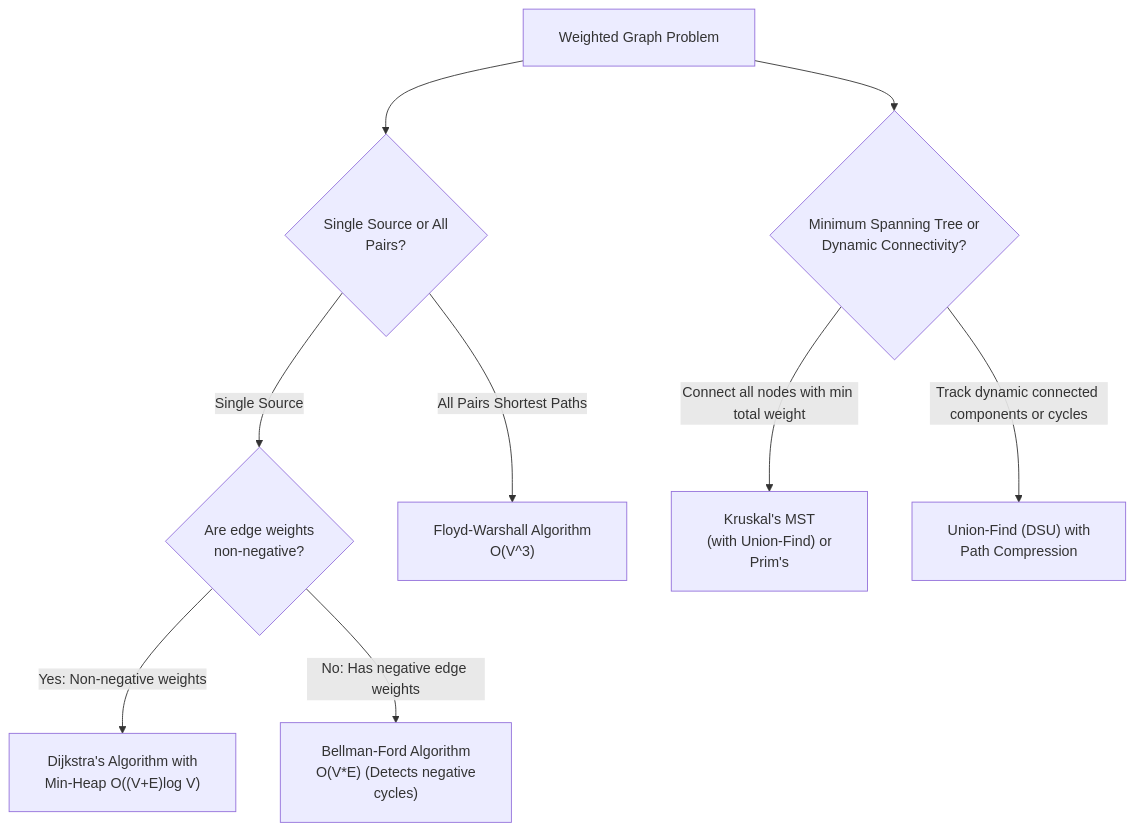
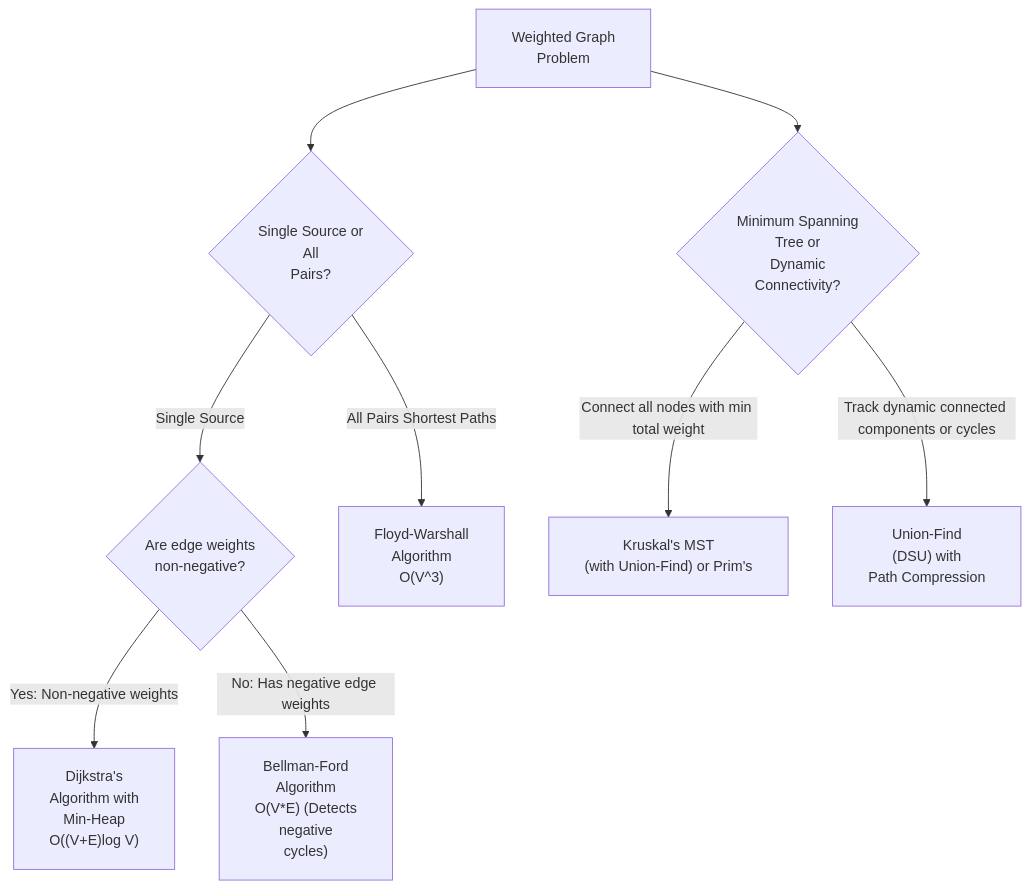
The diagram in week_09_graph_algorithms_i/support files/Week_09_Problem_Solving_Roadmap.md (dip4k/DSA_102), drawn with Mermaid before and after one commit. The commit also changed 106 other files, not shown here.

First line of the commit message:
fix(mermaid): prevent text clipping with foreignObject overflow and tighter line wrapping

````diff
--- a/week_09_graph_algorithms_i/support files/Week_09_Problem_Solving_Roadmap.md
+++ b/week_09_graph_algorithms_i/support files/Week_09_Problem_Solving_Roadmap.md
@@ -31,12 +31,12 @@
 ```mermaid
-%%{init: {"flowchart": {"htmlLabels": true, "padding": 20}}}%%
+%%{init: {"flowchart": {"htmlLabels": true, "padding": 20}, "themeCSS": "foreignObject { overflow: visible !important; }"}}%%
 flowchart TD
-    Start["Weighted Graph Problem"] --> Q1{"Single Source or All<br/>Pairs?"}
+    Start["Weighted Graph<br/>Problem"] --> Q1{"Single Source or<br/>All<br/>Pairs?"}
     Q1 -->|Single Source| Q2{"Are edge weights<br/>non-negative?"}
-    Q2 -->|Yes: Non-negative weights| P1["Dijkstra's Algorithm with<br/>Min-Heap O((V+E)log V)"]
-    Q2 -->|No: Has negative edge weights| P2["Bellman-Ford Algorithm<br/>O(V*E) (Detects negative<br/>cycles)"]
-    Q1 -->|All Pairs Shortest Paths| P3["Floyd-Warshall Algorithm<br/>O(V^3)"]
-    Start --> Q3{"Minimum Spanning Tree or<br/>Dynamic Connectivity?"}
-    Q3 -->|Connect all nodes with min total weight| P4["Kruskal's MST<br/>(with Union-Find) or<br/>Prim's"]
-    Q3 -->|Track dynamic connected components or cycles| P5["Union-Find (DSU) with<br/>Path Compression"]
+    Q2 -->|Yes: Non-negative weights| P1["Dijkstra's<br/>Algorithm with<br/>Min-Heap<br/>O((V+E)log V)"]
+    Q2 -->|No: Has negative edge weights| P2["Bellman-Ford<br/>Algorithm<br/>O(V*E) (Detects<br/>negative<br/>cycles)"]
+    Q1 -->|All Pairs Shortest Paths| P3["Floyd-Warshall<br/>Algorithm<br/>O(V^3)"]
+    Start --> Q3{"Minimum Spanning<br/>Tree or<br/>Dynamic<br/>Connectivity?"}
+    Q3 -->|Connect all nodes with min total weight| P4["Kruskal's MST<br/>(with Union-Find) or Prim's"]
+    Q3 -->|Track dynamic connected components or cycles| P5["Union-Find<br/>(DSU) with<br/>Path Compression"]
 ```
````
